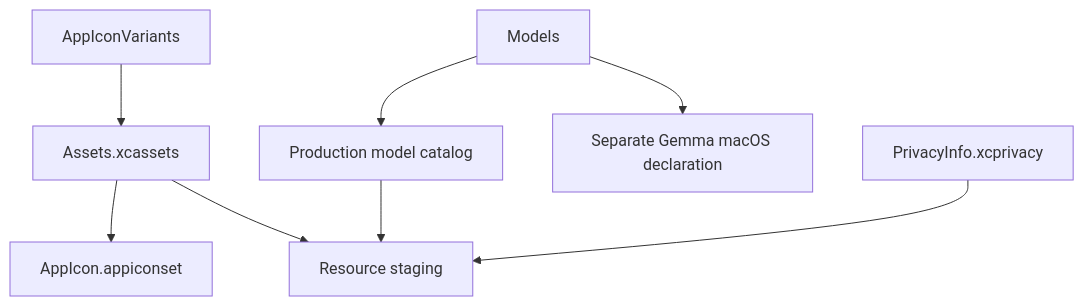
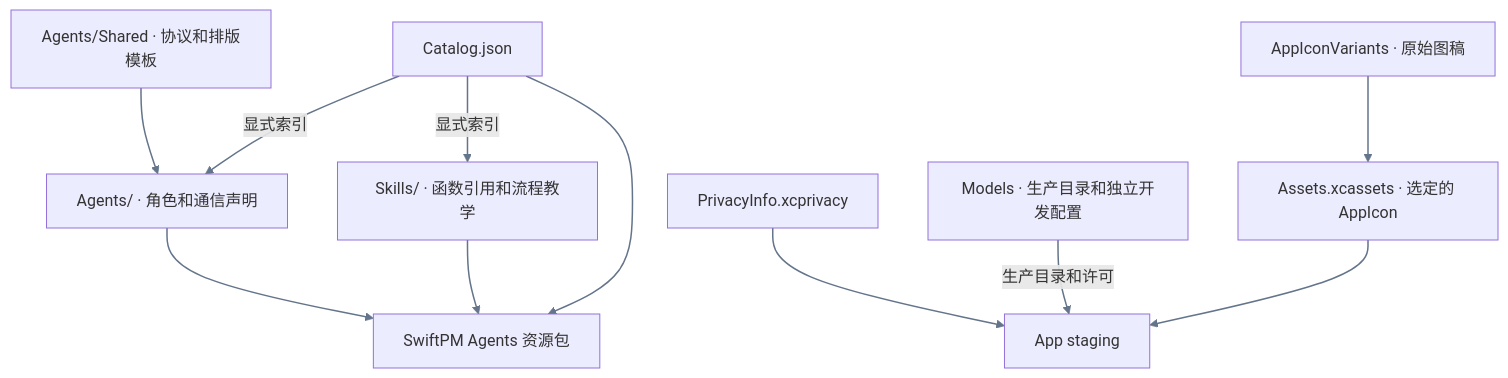
One commit to devilyouwei/MobileHarness changed the second of 3 diagrams in MobileHarness/Resources/README.md. Above: the diagram before and after it, drawn with Mermaid. The commit also changed other lines of this file and 115 other files, not shown here.

````diff
--- a/MobileHarness/Resources/README.md
+++ b/MobileHarness/Resources/README.md
@@ -26,10 +21,14 @@
 ```mermaid
 flowchart TB
- Variants[AppIconVariants] --> Assets[Assets.xcassets]
- Assets --> Icon[AppIcon.appiconset]
- Models --> Catalog[Production model catalog]
- Models --> Profile[Separate Gemma macOS declaration]
- Privacy[PrivacyInfo.xcprivacy] --> Package[Resource staging]
- Assets --> Package
- Catalog --> Package
+    Catalog["Catalog.json"] -->|显式索引| Roles["Agents/ · 角色和通信声明"]
+    Catalog -->|显式索引| Skills["Skills/ · 函数引用和流程教学"]
+    Shared["Agents/Shared · 协议和排版模板"] --> Roles
+    Roles --> AgentBundle["SwiftPM Agents 资源包"]
+    Skills --> AgentBundle
+    Catalog --> AgentBundle
+    Variants["AppIconVariants · 原始图稿"] --> Assets["Assets.xcassets · 选定的 AppIcon"]
+    Assets --> AppBundle["App staging"]
+    Privacy["PrivacyInfo.xcprivacy"] --> AppBundle
+    Models["Models · 生产目录和独立开发配置"] -->|生产目录和许可| AppBundle
+    linkStyle default stroke:#64748b,stroke-width:1.5px
 ```
````
